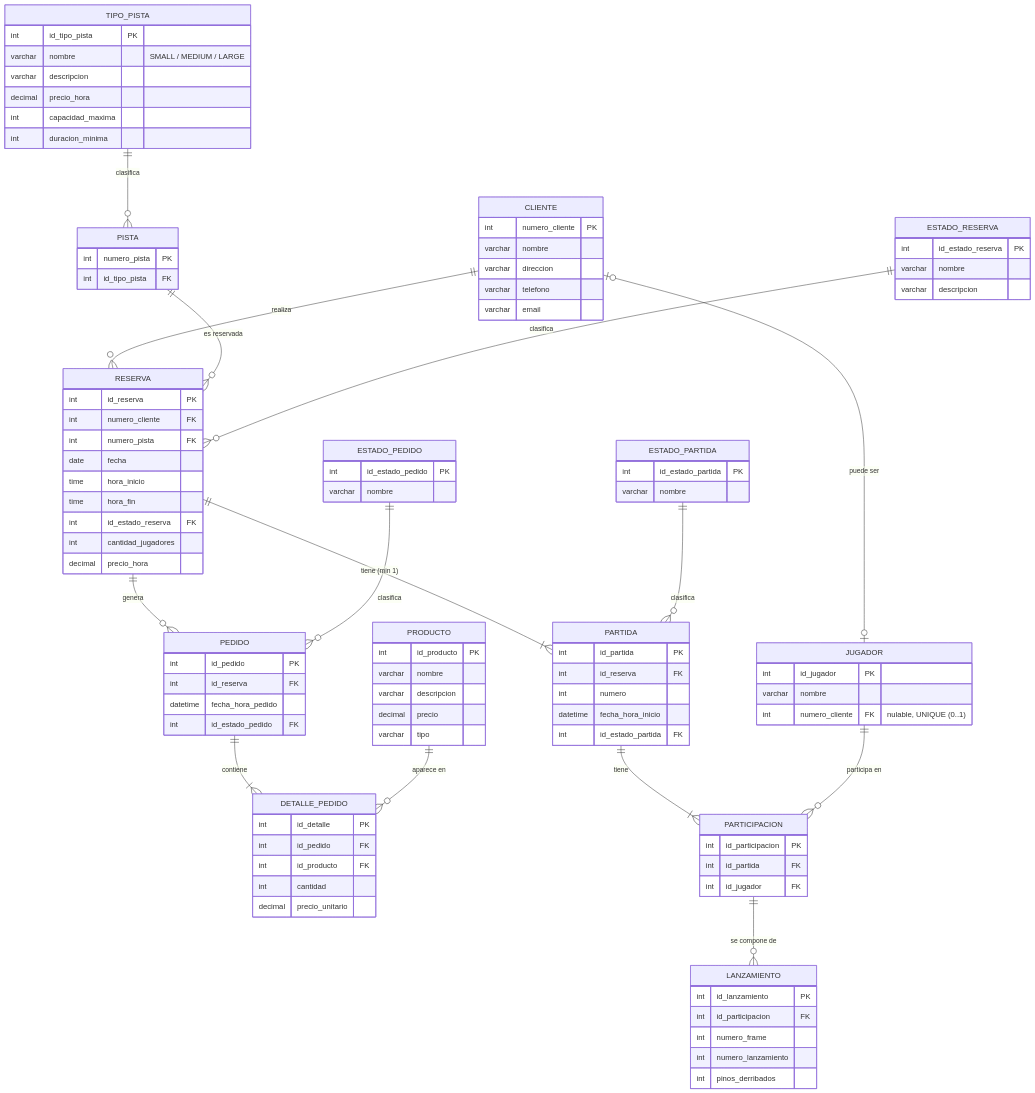
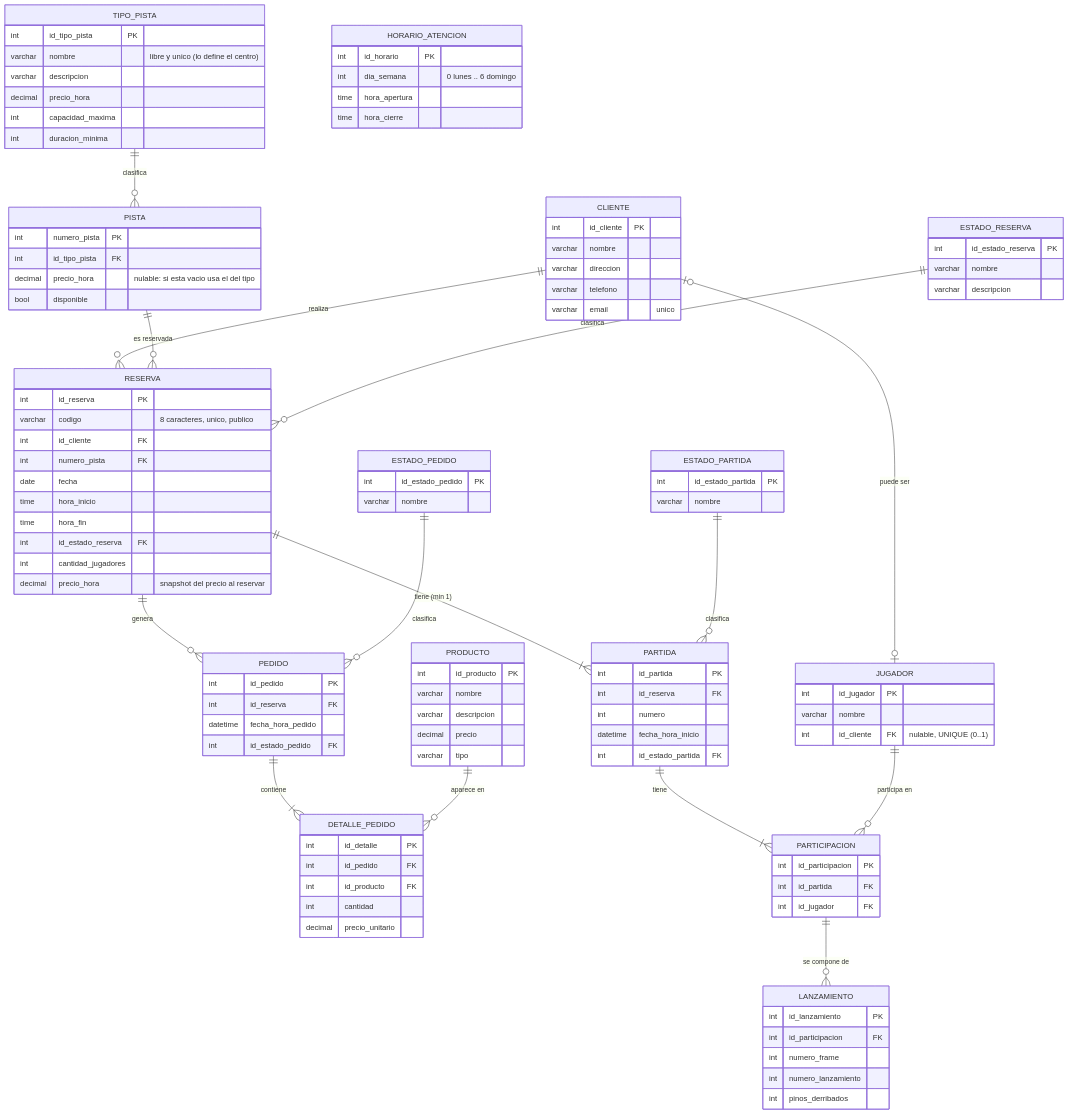
The diagram in docs/er/diagrama-er.mmd (Villada-PG3/trabajo-practico-integrador-bowling-center), drawn with Mermaid before and after one commit. The commit also changed 1 other file, not shown here.

Commit message:
docs(diagramas): sumar horarios de atencion, codigo de reserva y campos de pista

```diff
--- a/docs/er/diagrama-er.mmd
+++ b/docs/er/diagrama-er.mmd
@@ -1,116 +1,129 @@
 erDiagram
     CLIENTE ||--o{ RESERVA : realiza
     TIPO_PISTA ||--o{ PISTA : clasifica
     PISTA ||--o{ RESERVA : "es reservada"
     RESERVA ||--|{ PARTIDA : "tiene (min 1)"
     RESERVA ||--o{ PEDIDO : genera
     PEDIDO ||--|{ DETALLE_PEDIDO : contiene
     PRODUCTO ||--o{ DETALLE_PEDIDO : "aparece en"
     PARTIDA ||--|{ PARTICIPACION : tiene
     JUGADOR ||--o{ PARTICIPACION : "participa en"
     PARTICIPACION ||--o{ LANZAMIENTO : "se compone de"
     CLIENTE |o--o| JUGADOR : "puede ser"
     ESTADO_RESERVA ||--o{ RESERVA : clasifica
     ESTADO_PEDIDO ||--o{ PEDIDO : clasifica
     ESTADO_PARTIDA ||--o{ PARTIDA : clasifica
 
+    %% HORARIO_ATENCION no tiene FK: Reserva.clean() lo consulta para
+    %% validar que la reserva caiga dentro del horario de atencion del dia.
+
     TIPO_PISTA {
         int id_tipo_pista PK
-        varchar nombre "SMALL / MEDIUM / LARGE"
+        varchar nombre "libre y unico (lo define el centro)"
         varchar descripcion
         decimal precio_hora
         int capacidad_maxima
         int duracion_minima
     }
 
     PISTA {
         int numero_pista PK
         int id_tipo_pista FK
+        decimal precio_hora "nulable: si esta vacio usa el del tipo"
+        bool disponible
+    }
+
+    HORARIO_ATENCION {
+        int id_horario PK
+        int dia_semana "0 lunes .. 6 domingo"
+        time hora_apertura
+        time hora_cierre
     }
 
     CLIENTE {
-        int numero_cliente PK
+        int id_cliente PK
         varchar nombre
         varchar direccion
         varchar telefono
-        varchar email
+        varchar email "unico"
     }
 
     JUGADOR {
         int id_jugador PK
         varchar nombre
-        int numero_cliente FK "nulable, UNIQUE (0..1)"
+        int id_cliente FK "nulable, UNIQUE (0..1)"
     }
 
     RESERVA {
         int id_reserva PK
-        int numero_cliente FK
+        varchar codigo "8 caracteres, unico, publico"
+        int id_cliente FK
         int numero_pista FK
         date fecha
         time hora_inicio
         time hora_fin
         int id_estado_reserva FK
         int cantidad_jugadores
-        decimal precio_hora
+        decimal precio_hora "snapshot del precio al reservar"
     }
 
     ESTADO_RESERVA {
         int id_estado_reserva PK
         varchar nombre
         varchar descripcion
     }
 
     PRODUCTO {
         int id_producto PK
         varchar nombre
         varchar descripcion
         decimal precio
         varchar tipo
     }
 
     PEDIDO {
         int id_pedido PK
         int id_reserva FK
         datetime fecha_hora_pedido
         int id_estado_pedido FK
     }
 
     ESTADO_PEDIDO {
         int id_estado_pedido PK
         varchar nombre
     }
 
     DETALLE_PEDIDO {
         int id_detalle PK
         int id_pedido FK
         int id_producto FK
         int cantidad
         decimal precio_unitario
     }
 
     PARTIDA {
         int id_partida PK
         int id_reserva FK
         int numero
         datetime fecha_hora_inicio
         int id_estado_partida FK
     }
 
     ESTADO_PARTIDA {
         int id_estado_partida PK
         varchar nombre
     }
 
     PARTICIPACION {
         int id_participacion PK
         int id_partida FK
         int id_jugador FK
     }
 
     LANZAMIENTO {
         int id_lanzamiento PK
         int id_participacion FK
         int numero_frame
         int numero_lanzamiento
         int pinos_derribados
     }
```
